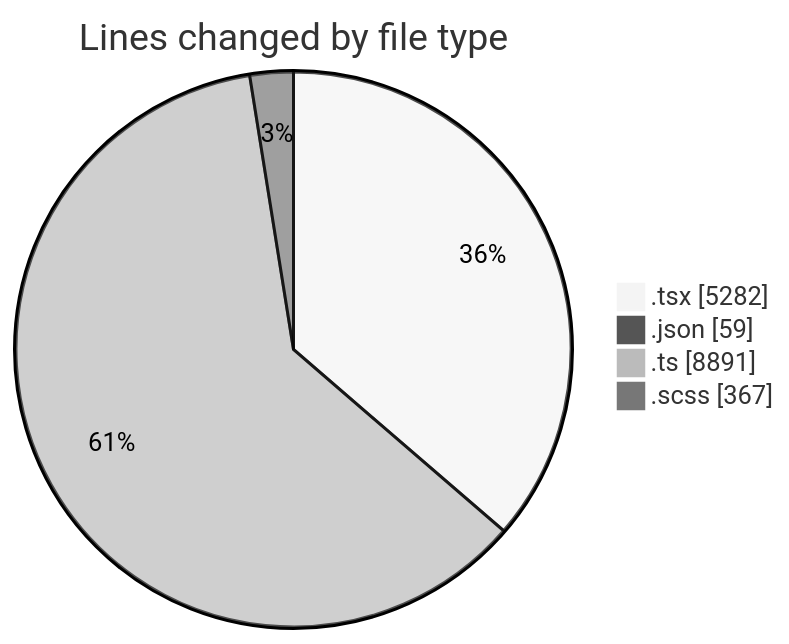
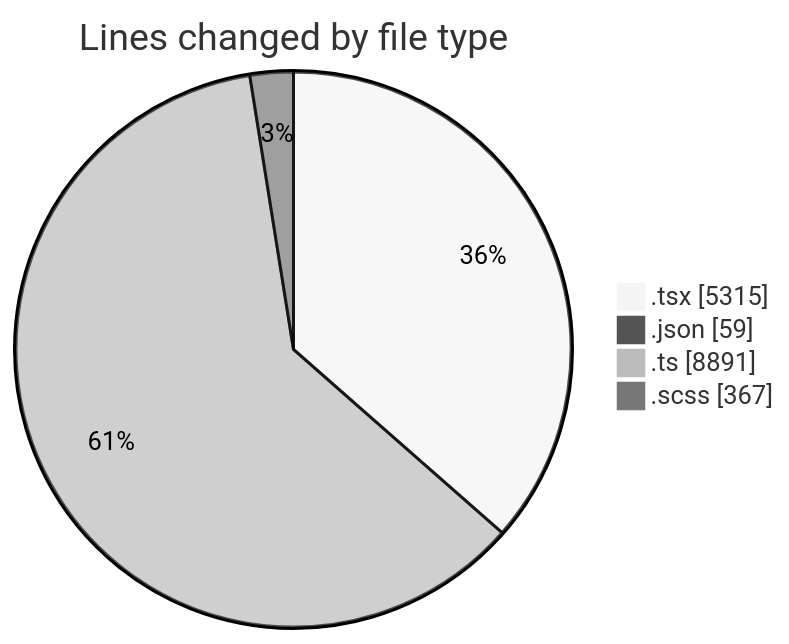
Before and after one commit to momahboobian/code-tracking: the first of 2 diagrams in 2025-11-24/cda/README.md, drawn with Mermaid (neutral theme). The commit also changed other lines of this file and 1 other file, not shown here.

````diff
--- a/2025-11-24/cda/README.md
+++ b/2025-11-24/cda/README.md
@@ -37,8 +37,8 @@
 ```mermaid
 pie showData
 title Lines changed by file type
-".tsx" : 5282
+".tsx" : 5315
 ".json" : 59
 ".ts" : 8891
 ".scss" : 367
 ```
````
